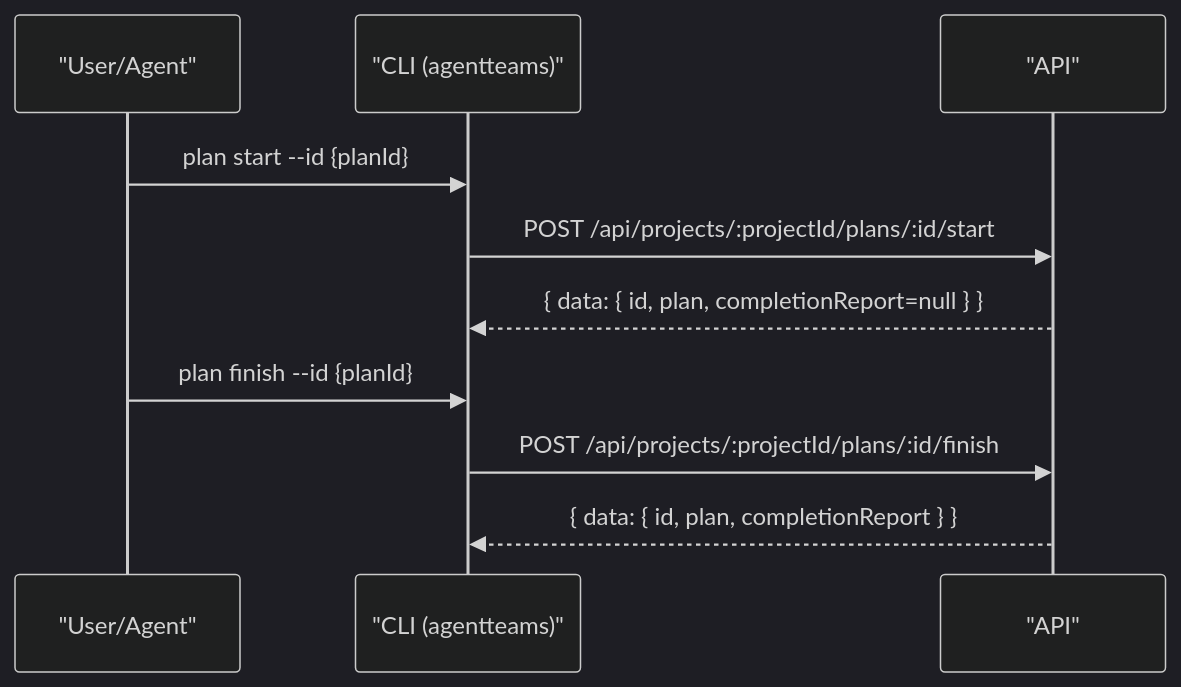
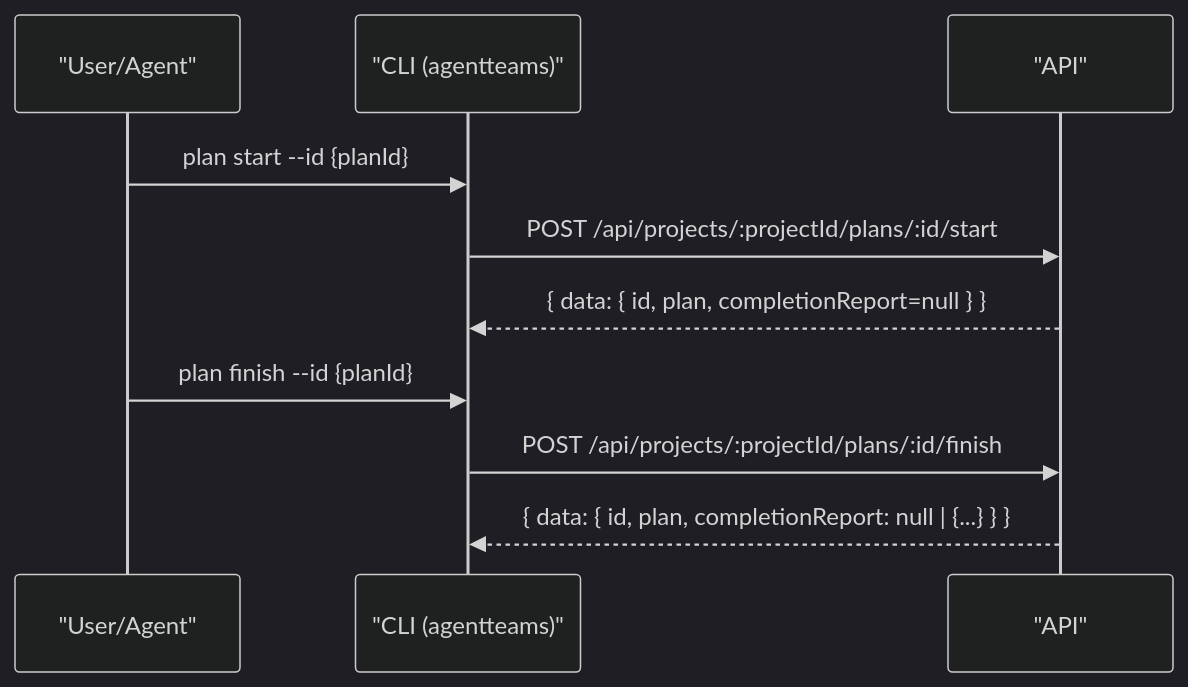
Before and after one commit to rlarua/AgentTeams-cli: the third of 5 diagrams in API-CLI-WORKFLOW.md, drawn with Mermaid (dark theme). The commit also changed other lines of this file and 2 other files, not shown here.

First line of the commit message:
feat(cli): plan finish 완료보고 중복 방지 — 힌트 조건부 + 문서 A/B 규칙 명시

````diff
--- a/API-CLI-WORKFLOW.md
+++ b/API-CLI-WORKFLOW.md
@@ -259,14 +259,14 @@
 ```mermaid
 sequenceDiagram
   participant U as "User/Agent"
   participant CLI as "CLI (agentteams)"
   participant API as "API"
 
   U->>CLI: plan start --id {planId}
   CLI->>API: POST /api/projects/:projectId/plans/:id/start
   API-->>CLI: { data: { id, plan, completionReport=null } }
 
   U->>CLI: plan finish --id {planId}
   CLI->>API: POST /api/projects/:projectId/plans/:id/finish
-  API-->>CLI: { data: { id, plan, completionReport } }
+  API-->>CLI: { data: { id, plan, completionReport: null | {...} } }
 ```
````
